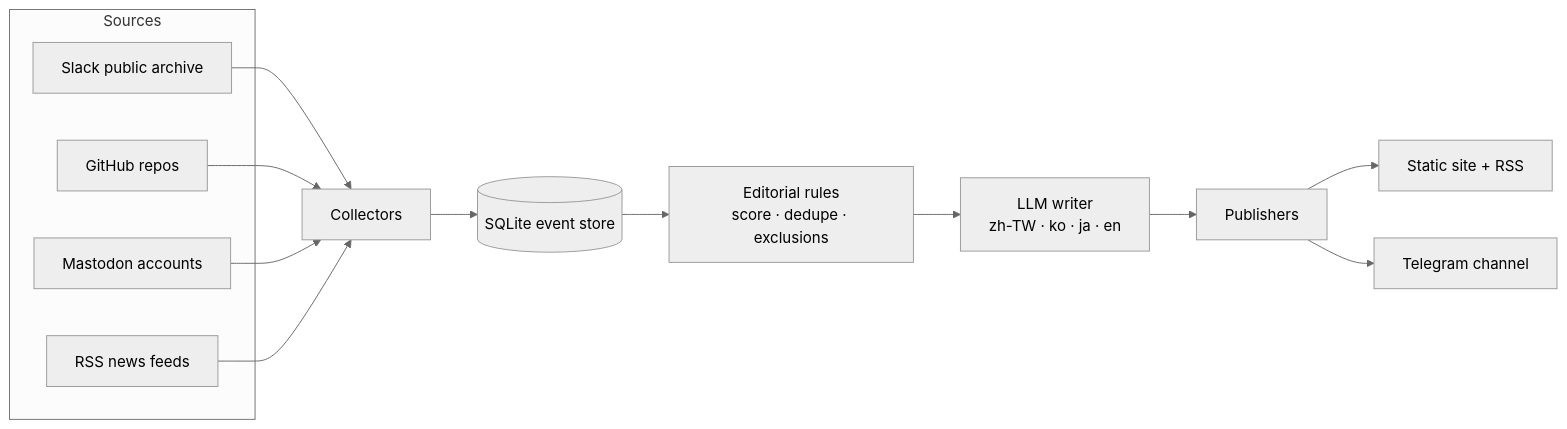
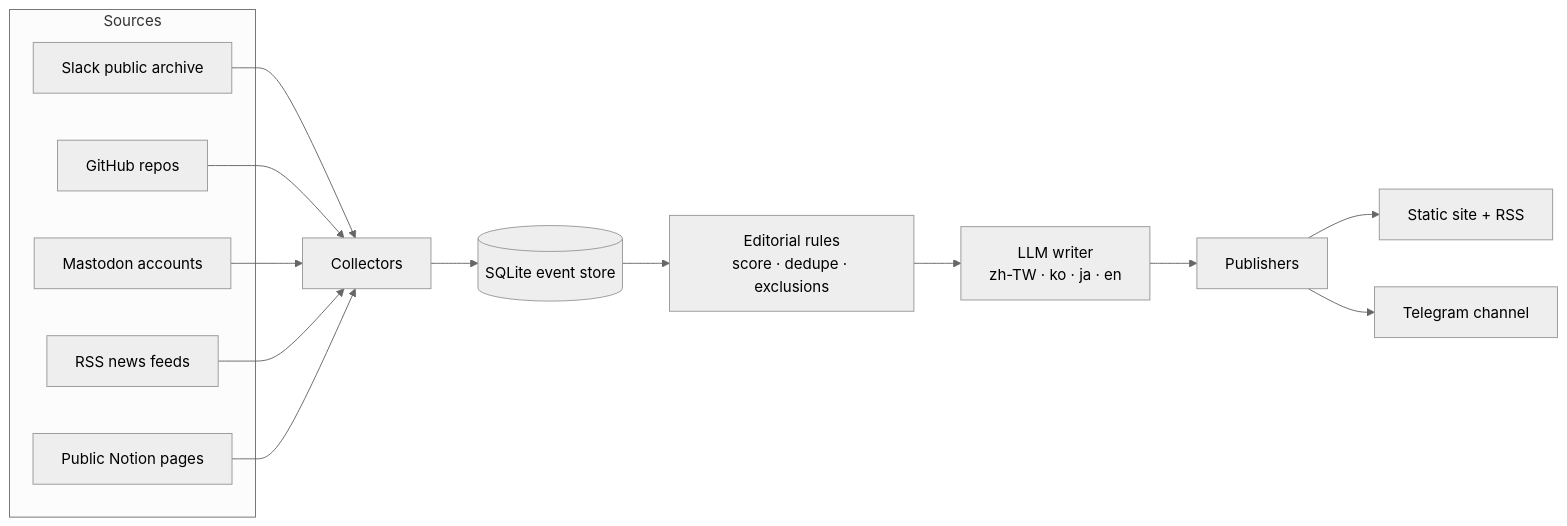
Before and after one commit to rep0rter/rep0rter: the diagram in README.md, drawn with Mermaid (neutral theme). The commit also changed other lines of this file and 9 other files, not shown here.

Commit message:
Collect public Notion JSON through the unified feed list

````diff
--- a/README.md
+++ b/README.md
@@ -15,16 +15,17 @@
 ```mermaid
 flowchart LR
     subgraph Sources
         S[Slack public archive]
         G[GitHub repos]
         M[Mastodon accounts]
         R[RSS news feeds]
+        N[Public Notion pages]
     end
-    S & G & M & R --> C[Collectors]
+    S & G & M & R & N --> C[Collectors]
     C --> DB[(SQLite event store)]
     DB --> E[Editorial rules<br/>score · dedupe · exclusions]
     E --> W[LLM writer<br/>zh-TW · ko · ja · en]
     W --> P[Publishers]
     P --> Web[Static site + RSS]
     P --> TG[Telegram channel]
 ```
````
